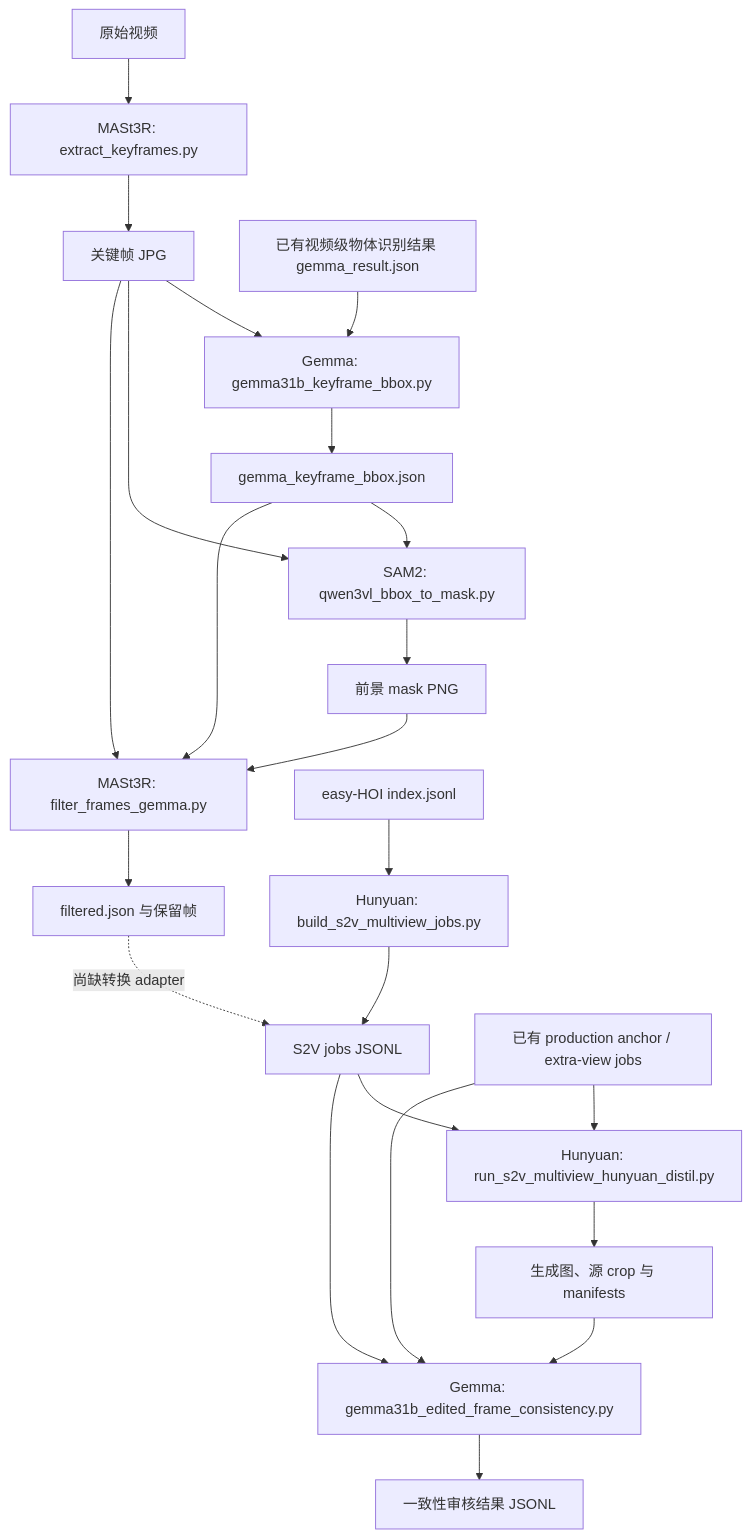
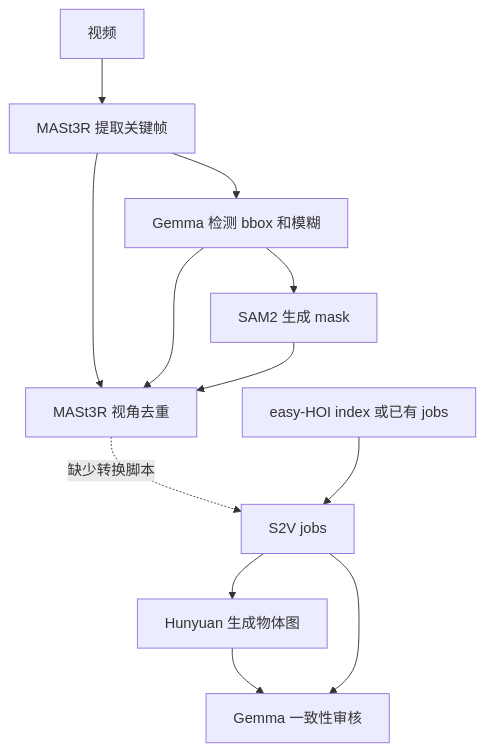
The diagram in README.md (Taited/multi-reference-data-preparation), drawn with Mermaid before and after one commit. The commit also changed other lines of this file, not shown here.

````diff
--- a/README.md
+++ b/README.md
@@ -19,25 +14,14 @@
 ```mermaid
 flowchart TD
-    V[原始视频] --> A[MASt3R: extract_keyframes.py]
-    A --> K[关键帧 JPG]
-    K --> B[Gemma: gemma31b_keyframe_bbox.py]
-    O[已有视频级物体识别结果 gemma_result.json] --> B
-    B --> J[gemma_keyframe_bbox.json]
-    J --> C[SAM2: qwen3vl_bbox_to_mask.py]
-    K --> C
-    C --> M[前景 mask PNG]
-    J --> D[MASt3R: filter_frames_gemma.py]
-    K --> D
-    M --> D
-    D --> F[filtered.json 与保留帧]
-    F -. 尚缺转换 adapter .-> Q[S2V jobs JSONL]
-    I[easy-HOI index.jsonl] --> E[Hunyuan: build_s2v_multiview_jobs.py]
-    E --> Q
-    P[已有 production anchor / extra-view jobs] --> H[Hunyuan: run_s2v_multiview_hunyuan_distil.py]
-    Q --> H
-    H --> R[生成图、源 crop 与 manifests]
-    R --> G[Gemma: gemma31b_edited_frame_consistency.py]
-    Q --> G
-    P --> G
-    G --> Z[一致性审核结果 JSONL]
+    A[视频] --> B[MASt3R 提取关键帧]
+    B --> C[Gemma 检测 bbox 和模糊]
+    C --> D[SAM2 生成 mask]
+    B --> E[MASt3R 视角去重]
+    C --> E
+    D --> E
+    E -. 缺少转换脚本 .-> F[S2V jobs]
+    I[easy-HOI index 或已有 jobs] --> F
+    F --> G[Hunyuan 生成物体图]
+    G --> H[Gemma 一致性审核]
+    F --> H
 ```
````
